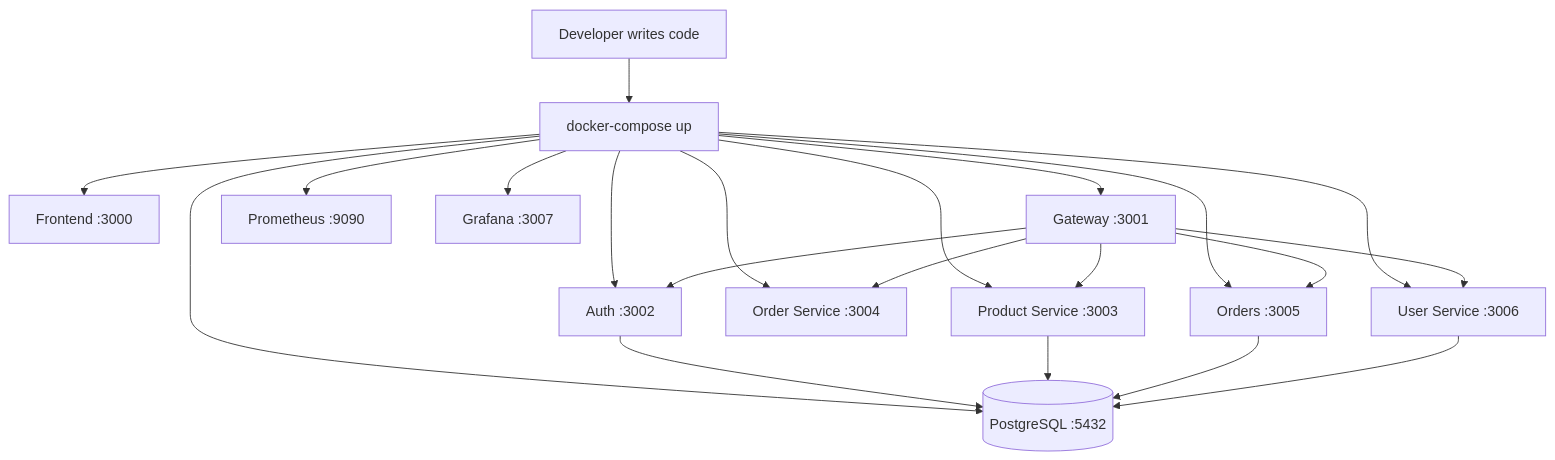
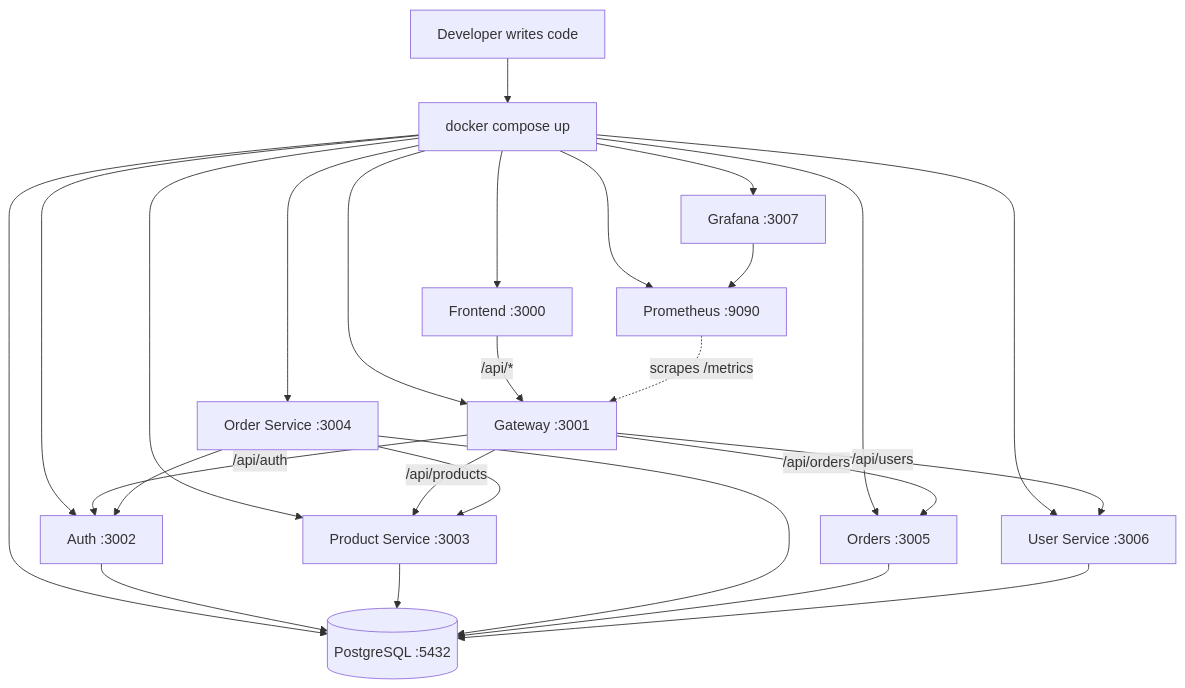
Before and after one commit to vishakhasadhwani/devops-ai-playbook: the second of 10 diagrams in docs/part2-workflow.md, drawn with Mermaid. The commit also changed other lines of this file and 1 other file, not shown here.

First line of the commit message:
fix: correct gateway users URL in compose and Stage 1 local dev docs

````diff
--- a/docs/part2-workflow.md
+++ b/docs/part2-workflow.md
@@ -30,24 +30,29 @@
 ```mermaid
 flowchart TD
-    Dev[Developer writes code] --> DC[docker-compose up]
+    Dev[Developer writes code] --> DC[docker compose up]
     DC --> F[Frontend :3000]
     DC --> G[Gateway :3001]
     DC --> A[Auth :3002]
     DC --> P[Product Service :3003]
     DC --> OS[Order Service :3004]
     DC --> O[Orders :3005]
     DC --> U[User Service :3006]
     DC --> DB[(PostgreSQL :5432)]
     DC --> PR[Prometheus :9090]
     DC --> GR[Grafana :3007]
 
-    G --> A
-    G --> P
-    G --> OS
-    G --> O
-    G --> U
+    F -->|/api/*| G
+    G -->|/api/auth| A
+    G -->|/api/products| P
+    G -->|/api/orders| O
+    G -->|/api/users| U
+    OS --> A
+    OS --> P
     A --> DB
     P --> DB
+    OS --> DB
     O --> DB
     U --> DB
+    PR -.->|scrapes /metrics| G
+    GR --> PR
 ```
````
